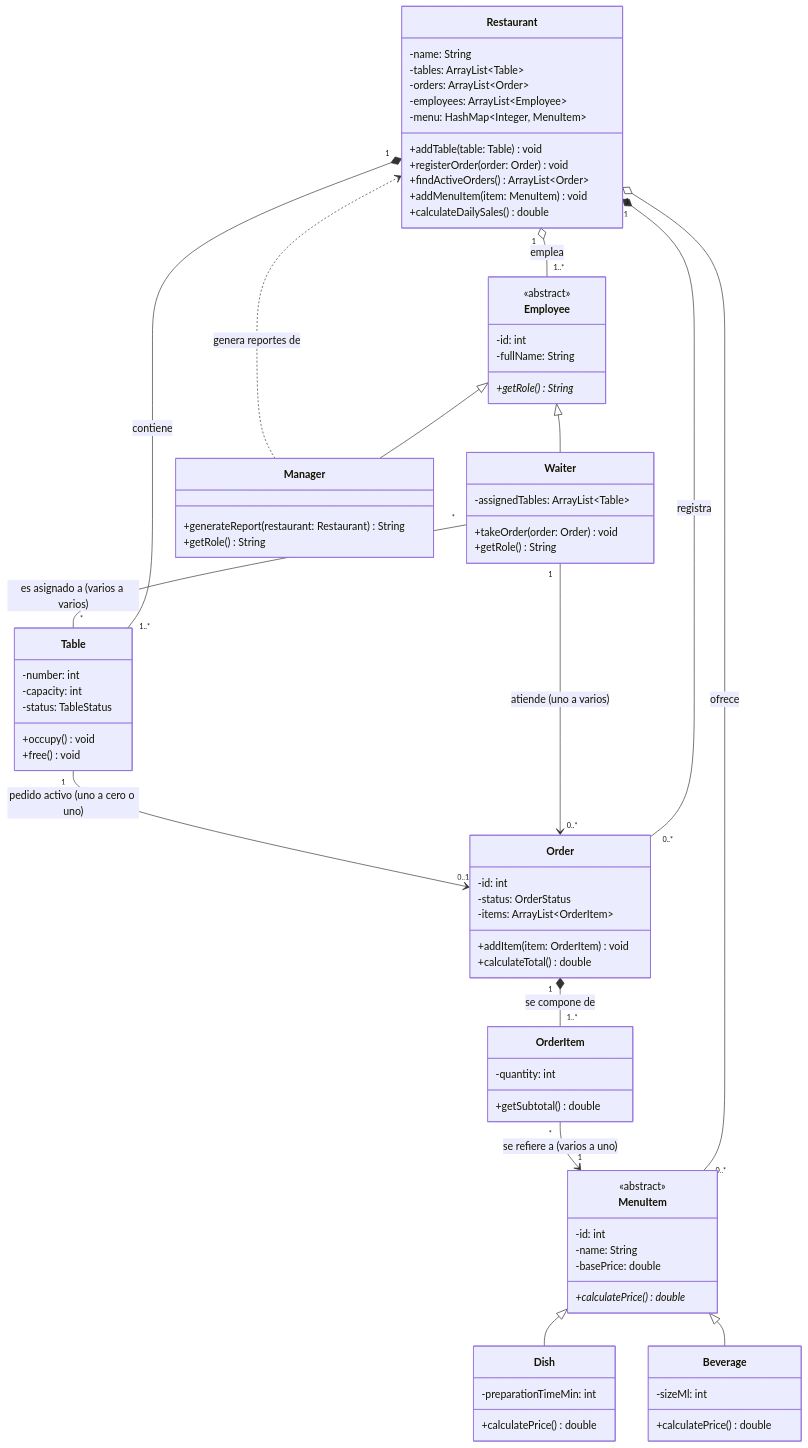
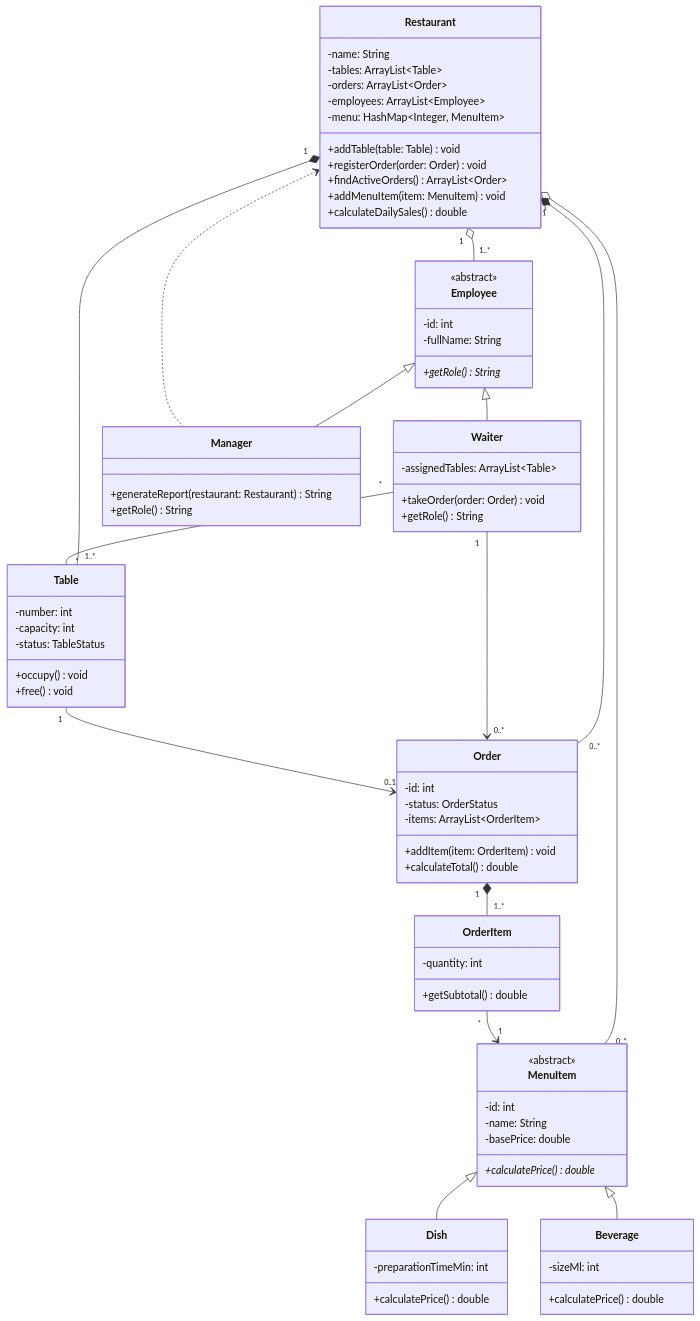
The diagram in README.md (estebangonzalez69632-create/POO_FinalProject_Gonzalez_Arias), drawn with Mermaid before and after one commit.

````diff
--- a/README.md
+++ b/README.md
@@ -85,20 +85,20 @@
     Employee <|-- Manager
 
     %% COMPOSICIÓN
-    Restaurant "1" *-- "1..*" Table : contiene
-    Restaurant "1" *-- "0..*" Order : registra
-    Order "1" *-- "1..*" OrderItem : se compone de
+    Restaurant "1" *-- "1..*" Table 
+    Restaurant "1" *-- "0..*" Order 
+    Order "1" *-- "1..*" OrderItem 
 
     %% AGREGACIÓN
-    Restaurant "1" o-- "0..*" MenuItem : ofrece
-    Restaurant "1" o-- "1..*" Employee : emplea
+    Restaurant "1" o-- "0..*" MenuItem 
+    Restaurant "1" o-- "1..*" Employee 
 
     %% ASOCIACIONES
-    OrderItem "*" --> "1" MenuItem : se refiere a (varios a uno)
-    Waiter "1" --> "0..*" Order : atiende (uno a varios)
-    Table "1" --> "0..1" Order : pedido activo (uno a cero o uno)
-    Waiter "*" -- "*" Table : es asignado a (varios a varios)
+    OrderItem "*" --> "1" MenuItem 
+    Waiter "1" --> "0..*" Order 
+    Table "1" --> "0..1" Order
+    Waiter "*" -- "*" Table 
 
     %% DEPENDENCIA
-    Manager ..> Restaurant : genera reportes de
+    Manager ..> Restaurant 
 ```
````
